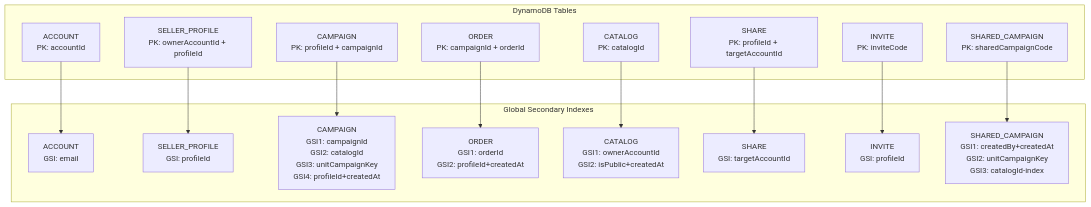
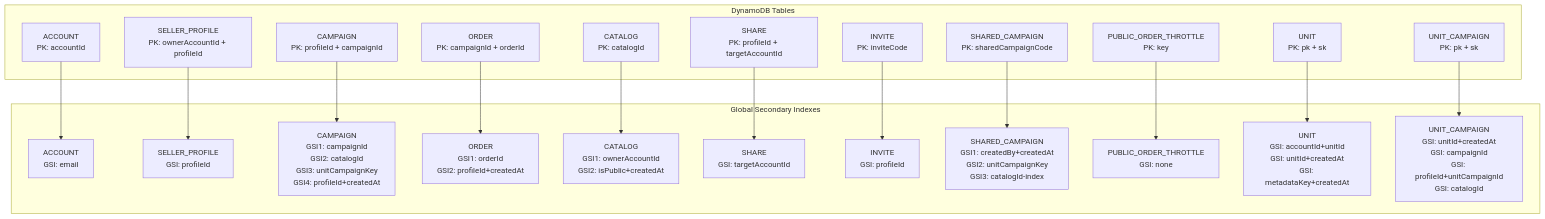
Before and after one commit to dmeiser/kernelworx: the ninth of 13 diagrams in docs/SCHEMA.md, drawn with Mermaid. The commit also changed other lines of this file and 5 other files, not shown here.

Commit message:
no-mistakes(document): Document new Show & Sell tables; refresh schema docs

````diff
--- a/docs/SCHEMA.md
+++ b/docs/SCHEMA.md
@@ -290,33 +355,42 @@
 ```mermaid
 graph TD
     subgraph "DynamoDB Tables"
         A["ACCOUNT<br/>PK: accountId"]
         B["SELLER_PROFILE<br/>PK: ownerAccountId + profileId"]
         C["CAMPAIGN<br/>PK: profileId + campaignId"]
         D["ORDER<br/>PK: campaignId + orderId"]
         E["CATALOG<br/>PK: catalogId"]
         F["SHARE<br/>PK: profileId + targetAccountId"]
         G["INVITE<br/>PK: inviteCode"]
         H["SHARED_CAMPAIGN<br/>PK: sharedCampaignCode"]
+        I["PUBLIC_ORDER_THROTTLE<br/>PK: key"]
+        J["UNIT<br/>PK: pk + sk"]
+        K["UNIT_CAMPAIGN<br/>PK: pk + sk"]
     end
     
     subgraph "Global Secondary Indexes"
         A1["ACCOUNT<br/>GSI: email"]
         B1["SELLER_PROFILE<br/>GSI: profileId"]
         C1["CAMPAIGN<br/>GSI1: campaignId<br/>GSI2: catalogId<br/>GSI3: unitCampaignKey<br/>GSI4: profileId+createdAt"]
         D1["ORDER<br/>GSI1: orderId<br/>GSI2: profileId+createdAt"]
         E1["CATALOG<br/>GSI1: ownerAccountId<br/>GSI2: isPublic+createdAt"]
         F1["SHARE<br/>GSI: targetAccountId"]
         G1["INVITE<br/>GSI: profileId"]
         H1["SHARED_CAMPAIGN<br/>GSI1: createdBy+createdAt<br/>GSI2: unitCampaignKey<br/>GSI3: catalogId-index"]
+        I1["PUBLIC_ORDER_THROTTLE<br/>GSI: none"]
+        J1["UNIT<br/>GSI: accountId+unitId<br/>GSI: unitId+createdAt<br/>GSI: metadataKey+createdAt"]
+        K1["UNIT_CAMPAIGN<br/>GSI: unitId+createdAt<br/>GSI: campaignId<br/>GSI: profileId+unitCampaignId<br/>GSI: catalogId"]
     end
     
     A --> A1
     B --> B1
     C --> C1
     D --> D1
     E --> E1
     F --> F1
     G --> G1
     H --> H1
+    I --> I1
+    J --> J1
+    K --> K1
 ```
````
